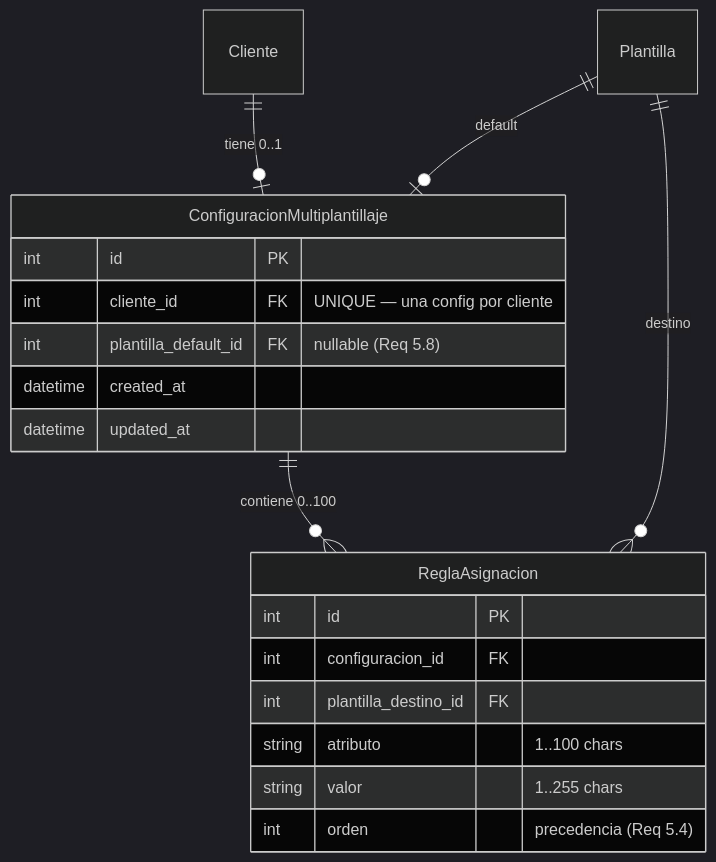
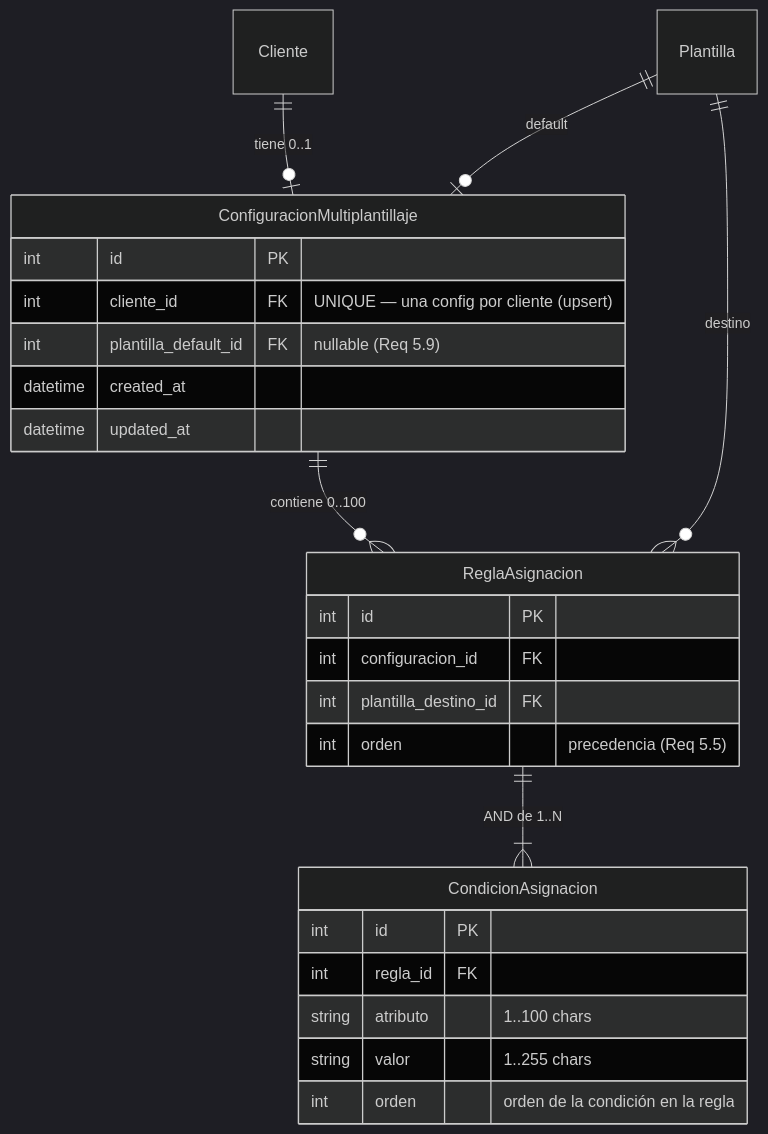
Before and after one commit to kioriy/sistema_credencializacion: the fourth of 4 diagrams in .kiro/specs/multiplantillaje-base/design.md, drawn with Mermaid (dark theme). The commit also changed other lines of this file and 32 other files, not shown here.

````diff
--- a/.kiro/specs/multiplantillaje-base/design.md
+++ b/.kiro/specs/multiplantillaje-base/design.md
@@ -202,23 +210,29 @@
 ```mermaid
 erDiagram
     Cliente ||--o| ConfiguracionMultiplantillaje : "tiene 0..1"
     ConfiguracionMultiplantillaje ||--o{ ReglaAsignacion : "contiene 0..100"
+    ReglaAsignacion ||--|{ CondicionAsignacion : "AND de 1..N"
     Plantilla ||--o{ ReglaAsignacion : "destino"
     Plantilla ||--o| ConfiguracionMultiplantillaje : "default"
 
     ConfiguracionMultiplantillaje {
         int id PK
-        int cliente_id FK "UNIQUE — una config por cliente"
-        int plantilla_default_id FK "nullable (Req 5.8)"
+        int cliente_id FK "UNIQUE — una config por cliente (upsert)"
+        int plantilla_default_id FK "nullable (Req 5.9)"
         datetime created_at
         datetime updated_at
     }
     ReglaAsignacion {
         int id PK
         int configuracion_id FK
         int plantilla_destino_id FK
+        int orden "precedencia (Req 5.5)"
+    }
+    CondicionAsignacion {
+        int id PK
+        int regla_id FK
         string atributo "1..100 chars"
         string valor "1..255 chars"
-        int orden "precedencia (Req 5.4)"
+        int orden "orden de la condición en la regla"
     }
 ```
````
